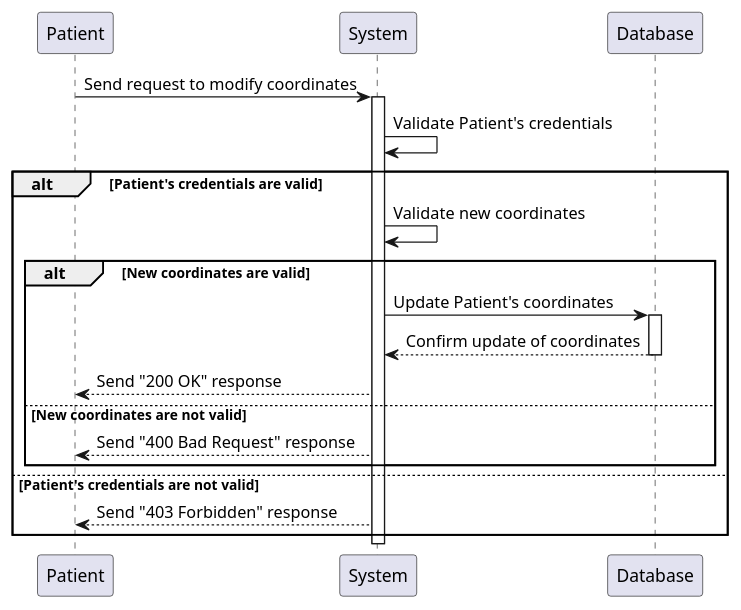
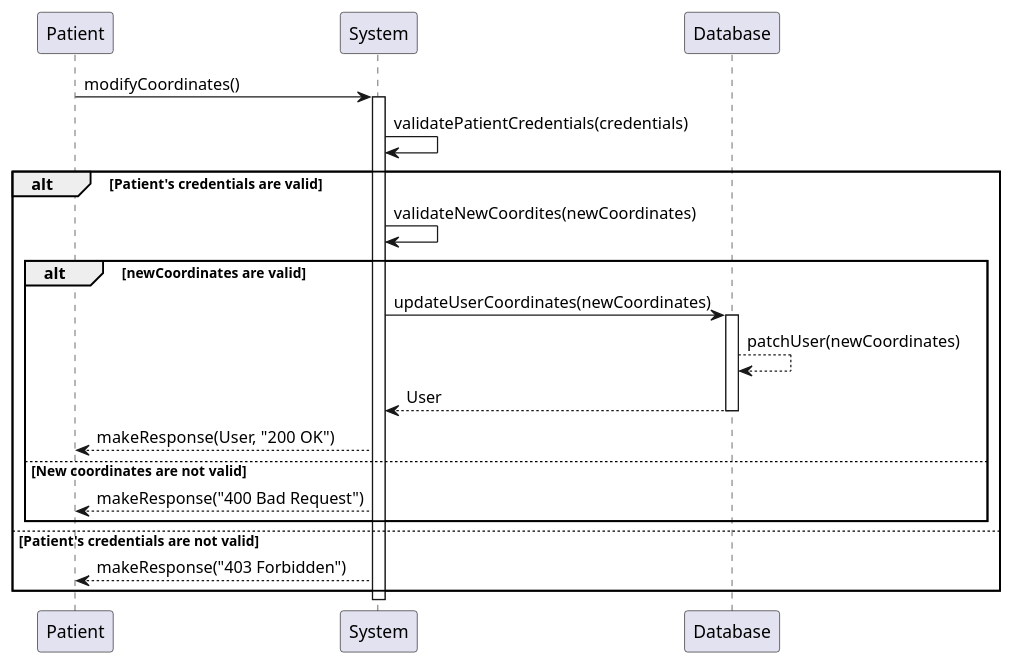
One commit to KevenJAntenor/Quebec-Centralized-Medical-Record-System changed the diagram in plantUml/sequence-modify-coordinates.puml. Above: the diagram before and after it, drawn with PlantUML. The commit also changed 6 other files, not shown here.

Commit message:
diagram: multiple changes to sequence diagrams

```diff
--- a/plantUml/sequence-modify-coordinates.puml
+++ b/plantUml/sequence-modify-coordinates.puml
@@ -1,26 +1,27 @@
-@startuml modifyCoordinates
+@startuml
 
 participant "Patient" as Patient
 participant "System" as System
 participant "Database" as Database
 
-Patient -> System: Send request to modify coordinates
+Patient -> System: modifyCoordinates()
 activate System
-System -> System: Validate Patient's credentials
+System -> System: validatePatientCredentials(credentials)
 alt Patient's credentials are valid
-    System -> System: Validate new coordinates
-    alt New coordinates are valid
-        System -> Database: Update Patient's coordinates
+    System -> System: validateNewCoordites(newCoordinates)
+    alt newCoordinates are valid
+        System -> Database: updateUserCoordinates(newCoordinates)
         activate Database
-        Database --> System: Confirm update of coordinates
+        Database --> Database: patchUser(newCoordinates)
+        Database --> System: User
         deactivate Database
-        System --> Patient: Send "200 OK" response
+        System --> Patient: makeResponse(User, "200 OK")
     else New coordinates are not valid
-        System --> Patient: Send "400 Bad Request" response
+        System --> Patient: makeResponse("400 Bad Request")
     end
 else Patient's credentials are not valid
-    System --> Patient: Send "403 Forbidden" response
+    System --> Patient: makeResponse("403 Forbidden")
 end
 deactivate System
 
 @enduml
```
